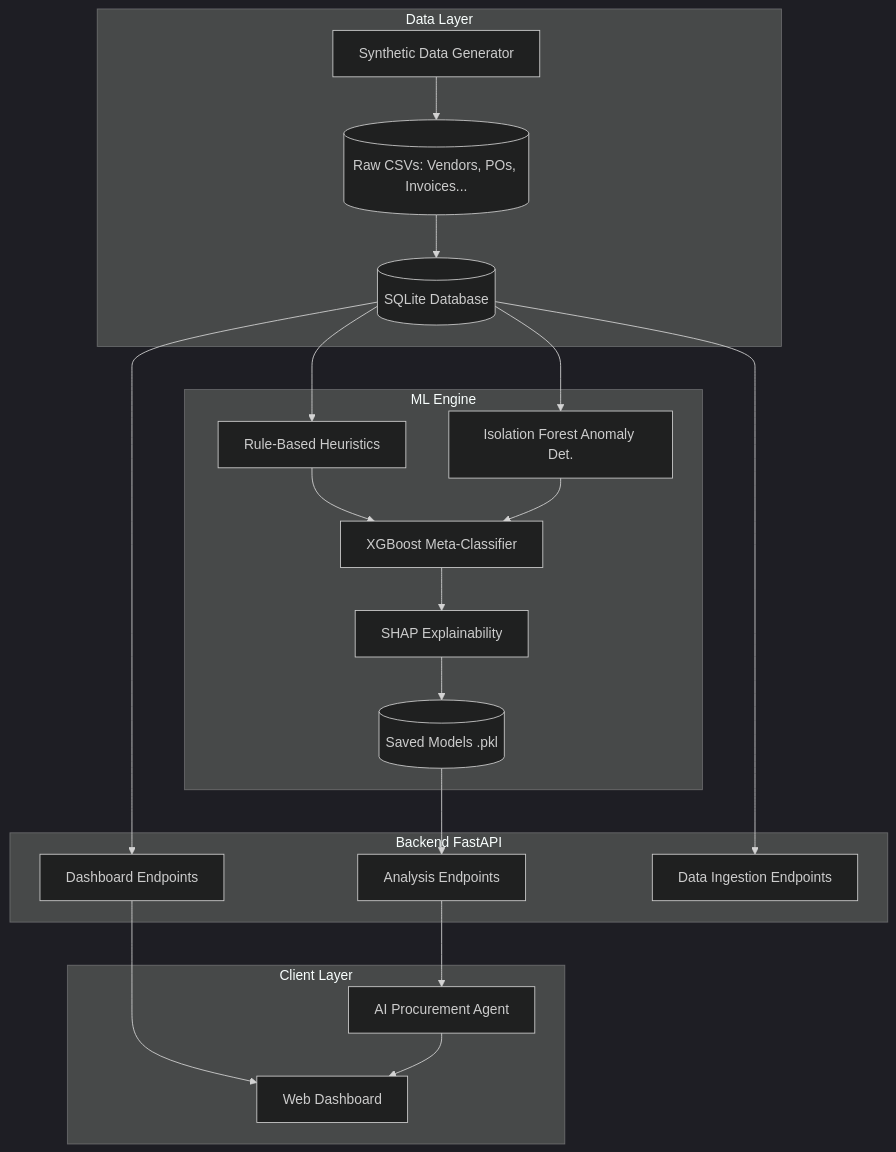
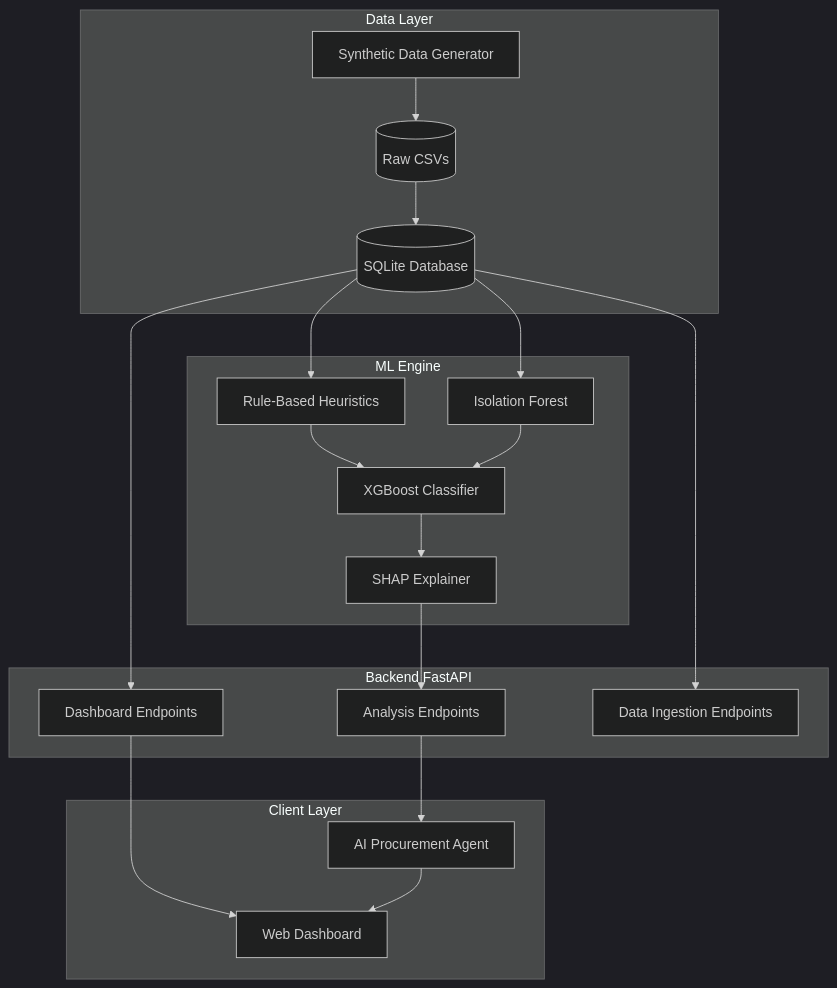
The diagram in README.md (Abhinay6699/procurement-intelligence-platform), drawn with Mermaid (dark theme) before and after one commit. The commit also changed other lines of this file, not shown here.

Commit message:
Rewrite README to focus on initial architecture and chronological progress

````diff
--- a/README.md
+++ b/README.md
@@ -15,32 +9,31 @@
 ```mermaid
 graph TD
     %% Data Layer
     subgraph Data Layer
-        GEN[Synthetic Data Generator] --> CSV[(Raw CSVs: Vendors, POs, Invoices...)]
+        GEN[Synthetic Data Generator] --> CSV[(Raw CSVs)]
         CSV --> DB[(SQLite Database)]
     end
 
     %% ML Engine
     subgraph ML Engine
         DB --> HEUR[Rule-Based Heuristics]
-        DB --> ISO[Isolation Forest Anomaly Det.]
-        HEUR --> XGB[XGBoost Meta-Classifier]
+        DB --> ISO[Isolation Forest]
+        HEUR --> XGB[XGBoost Classifier]
         ISO --> XGB
-        XGB --> SHAP[SHAP Explainability]
-        SHAP --> MODELS[(Saved Models .pkl)]
+        XGB --> SHAP[SHAP Explainer]
     end
 
     %% Backend API
     subgraph Backend FastAPI
-        MODELS --> API_ANALYZE[Analysis Endpoints]
+        SHAP --> API_ANALYZE[Analysis Endpoints]
         DB --> API_DASH[Dashboard Endpoints]
         DB --> API_UPLOAD[Data Ingestion Endpoints]
     end
 
     %% Frontend & AI Agent
     subgraph Client Layer
         API_ANALYZE --> AGENT[AI Procurement Agent]
         API_DASH --> UI[Web Dashboard]
         AGENT --> UI
     end
 ```
````
